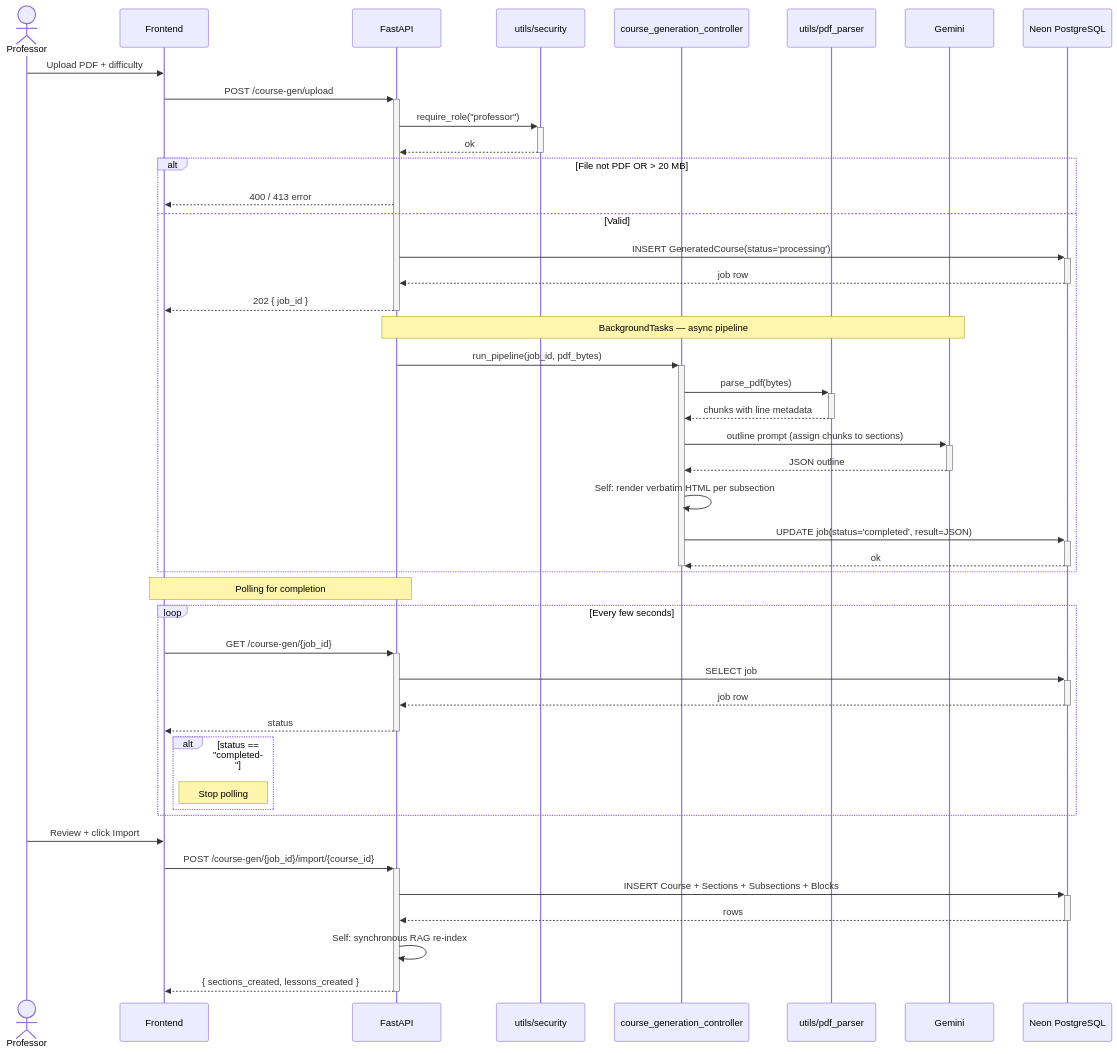
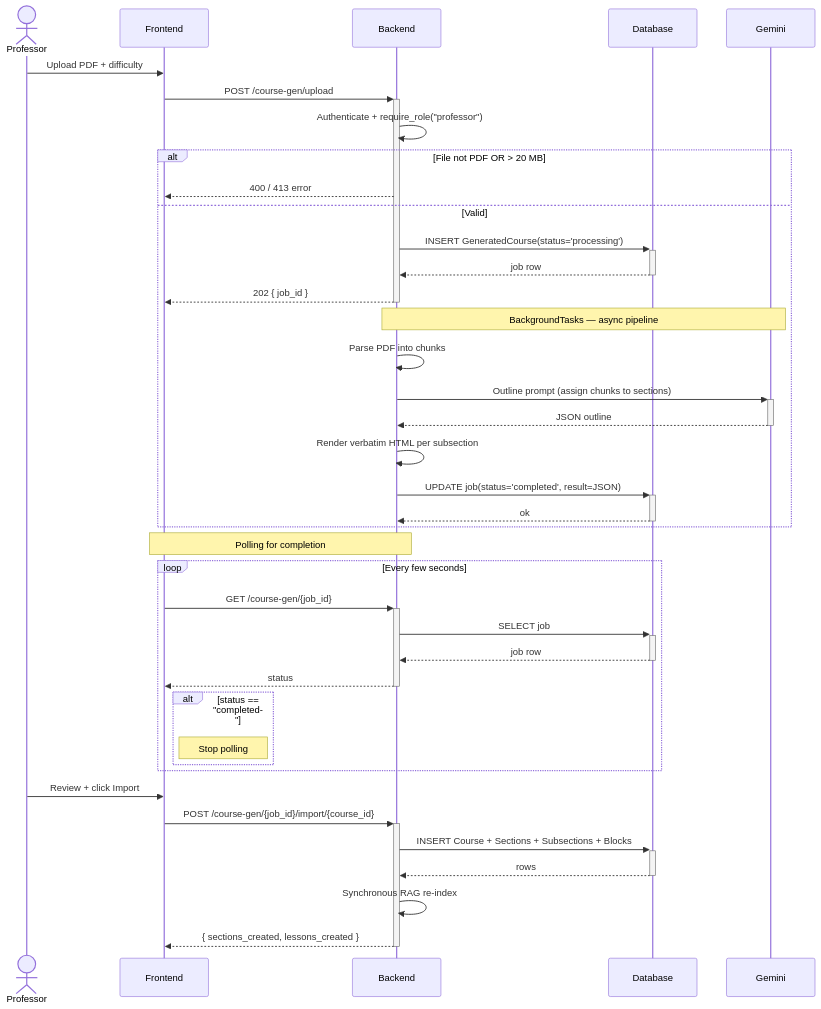
One commit to yazidha09/Hub4Learners changed the fifth of 5 diagrams in docs/sprints/SPRINT_3.md. Above: the diagram before and after it, drawn with Mermaid. The commit also changed other lines of this file and 5 other files, not shown here.

````diff
--- a/docs/sprints/SPRINT_3.md
+++ b/docs/sprints/SPRINT_3.md
@@ -160,52 +155,46 @@
 ```mermaid
 sequenceDiagram
     actor Professor
     participant Frontend
-    participant API as FastAPI
-    participant Sec as utils/security
-    participant CGen as course_generation_controller
-    participant PDF as utils/pdf_parser
+    participant Backend
+    participant DB as Database
     participant Gemini
-    participant DB as Neon PostgreSQL
 
     Professor->>Frontend: Upload PDF + difficulty
-    Frontend->>+API: POST /course-gen/upload
-    API->>+Sec: require_role("professor")
-    Sec-->>-API: ok
+    Frontend->>+Backend: POST /course-gen/upload
+    Backend->>Backend: Authenticate + require_role("professor")
     alt File not PDF OR > 20 MB
-        API-->>Frontend: 400 / 413 error
+        Backend-->>Frontend: 400 / 413 error
     else Valid
-        API->>+DB: INSERT GeneratedCourse(status='processing')
-        DB-->>-API: job row
-        API-->>-Frontend: 202 { job_id }
-        Note over API,Gemini: BackgroundTasks — async pipeline
-        API->>+CGen: run_pipeline(job_id, pdf_bytes)
-        CGen->>+PDF: parse_pdf(bytes)
-        PDF-->>-CGen: chunks with line metadata
-        CGen->>+Gemini: outline prompt (assign chunks to sections)
-        Gemini-->>-CGen: JSON outline
-        CGen->>CGen: Self: render verbatim HTML per subsection
-        CGen->>+DB: UPDATE job(status='completed', result=JSON)
-        DB-->>-CGen: ok
-        deactivate CGen
+        Backend->>+DB: INSERT GeneratedCourse(status='processing')
+        DB-->>-Backend: job row
+        Backend-->>-Frontend: 202 { job_id }
+
+        Note over Backend,Gemini: BackgroundTasks — async pipeline
+        Backend->>Backend: Parse PDF into chunks
+        Backend->>+Gemini: Outline prompt (assign chunks to sections)
+        Gemini-->>-Backend: JSON outline
+        Backend->>Backend: Render verbatim HTML per subsection
+        Backend->>+DB: UPDATE job(status='completed', result=JSON)
+        DB-->>-Backend: ok
     end
 
-    Note over Frontend,API: Polling for completion
+    Note over Frontend,Backend: Polling for completion
 
     loop Every few seconds
-        Frontend->>+API: GET /course-gen/{job_id}
-        API->>+DB: SELECT job
-        DB-->>-API: job row
-        API-->>-Frontend: status
+        Frontend->>+Backend: GET /course-gen/{job_id}
+        Backend->>+DB: SELECT job
+        DB-->>-Backend: job row
+        Backend-->>-Frontend: status
         alt status == "completed"
             Note right of Frontend: Stop polling
         end
     end
 
     Professor->>Frontend: Review + click Import
-    Frontend->>+API: POST /course-gen/{job_id}/import/{course_id}
-    API->>+DB: INSERT Course + Sections + Subsections + Blocks
-    DB-->>-API: rows
-    API->>API: Self: synchronous RAG re-index
-    API-->>-Frontend: { sections_created, lessons_created }
+    Frontend->>+Backend: POST /course-gen/{job_id}/import/{course_id}
+    Backend->>+DB: INSERT Course + Sections + Subsections + Blocks
+    DB-->>-Backend: rows
+    Backend->>Backend: Synchronous RAG re-index
+    Backend-->>-Frontend: { sections_created, lessons_created }
 ```
````
